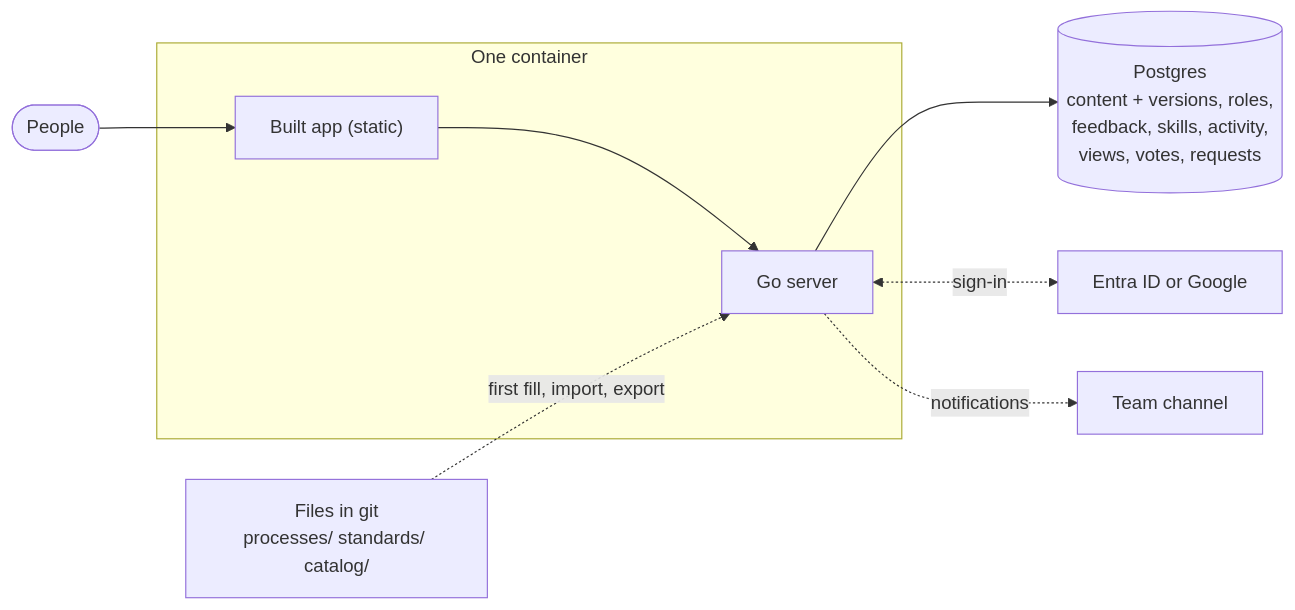
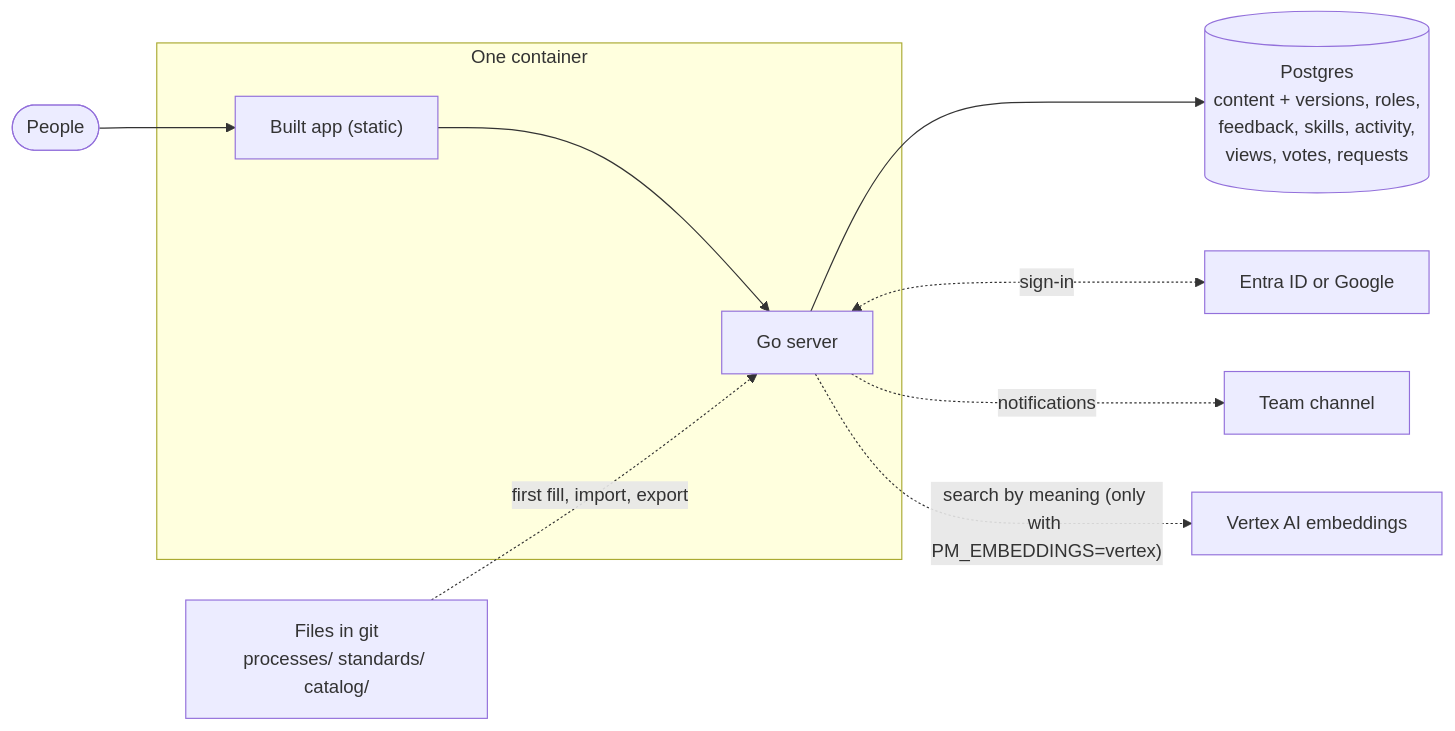
The diagram in docs/backend.md (kubek80/process-manager), drawn with Mermaid before and after one commit. The commit also changed other lines of this file and 26 other files, not shown here.

First line of the commit message:
Work in progress: the Words, Meaning and Both switch on the search page

````diff
--- a/docs/backend.md
+++ b/docs/backend.md
@@ -5,12 +5,13 @@
 ```mermaid
 flowchart LR
   people(["People"]) --> app["Built app (static)"] --> server["Go server"]
   subgraph image["One container"]
     app
     server
   end
   server --> db[("Postgres<br/>content + versions, roles,<br/>feedback, skills, activity,<br/>views, votes, requests")]
   server <-. "sign-in" .-> idp["Entra ID or Google"]
   server -. "notifications" .-> chat["Team channel"]
+  server -. "search by meaning (only with PM_EMBEDDINGS=vertex)" .-> vertex["Vertex AI embeddings"]
   seed["Files in git<br/>processes/ standards/ catalog/"] -. "first fill, import, export" .-> server
 ```
````
